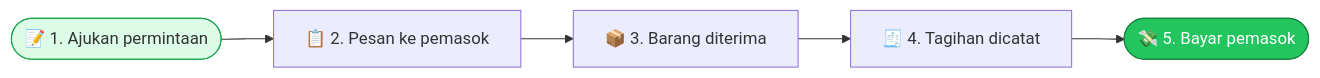
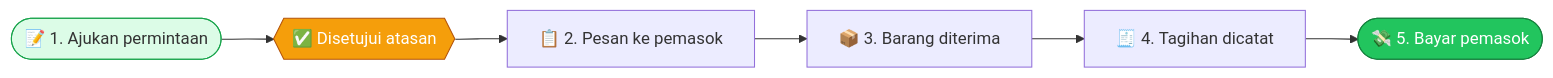
One commit to RimbunCode/erp_pataya changed the first of 2 diagrams in docs/manual-book/pembelian.md. Above: the diagram before and after it, drawn with Mermaid. The commit also changed other lines of this file and 45 other files, not shown here.

````diff
--- a/docs/manual-book/pembelian.md
+++ b/docs/manual-book/pembelian.md
@@ -22,7 +22,8 @@
 ```mermaid
 flowchart LR
-    PR(["📝 1. Ajukan permintaan"]) --> PO["📋 2. Pesan ke pemasok"] --> GR["📦 3. Barang diterima"] --> PI["🧾 4. Tagihan dicatat"] --> PE(["💸 5. Bayar pemasok"])
+    PR(["📝 1. Ajukan permintaan"]) --> AP{{"✅ Disetujui atasan"}} --> PO["📋 2. Pesan ke pemasok"] --> GR["📦 3. Barang diterima"] --> PI["🧾 4. Tagihan dicatat"] --> PE(["💸 5. Bayar pemasok"])
 
     style PR fill:#dcfce7,stroke:#16a34a
+    style AP fill:#f59e0b,stroke:#b45309,color:#fff
     style PE fill:#22c55e,stroke:#15803d,color:#fff
 ```
````
